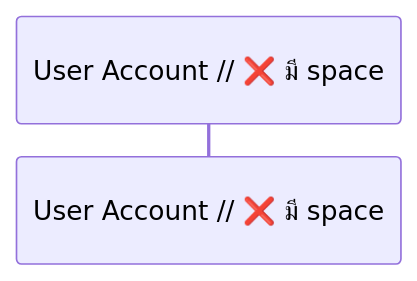
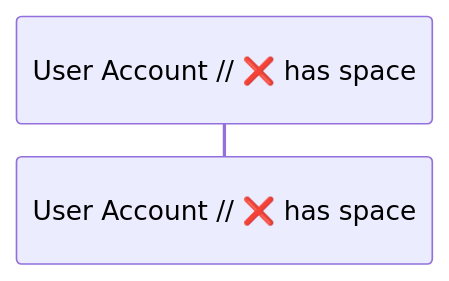
One commit to mounchons/AgentMarketPlace changed diagram 11 of 16 in plugins/system-design-doc/skills/system-design-doc/references/troubleshooting.md. Above: the diagram before and after it, drawn with Mermaid. The commit also changed other lines of this file and 51 other files, not shown here.

````diff
--- a/plugins/system-design-doc/skills/system-design-doc/references/troubleshooting.md
+++ b/plugins/system-design-doc/skills/system-design-doc/references/troubleshooting.md
@@ -160,4 +160,4 @@
 ```mermaid
 sequenceDiagram
-    participant User Account  // ❌ มี space
+    participant User Account  // ❌ has space
 ```
````
